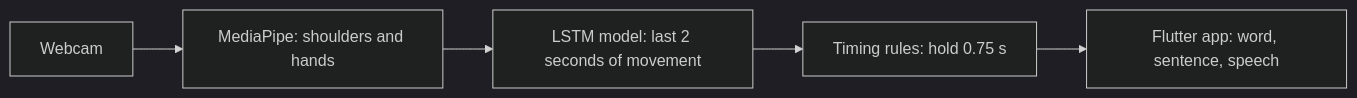
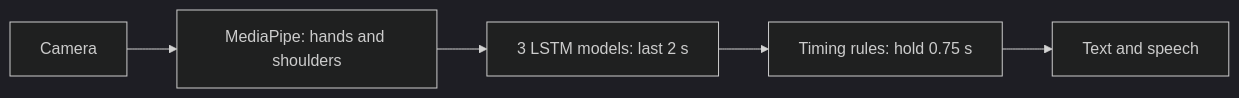
Before and after one commit to ziyad4454/sign-language-translator: the diagram in README.md, drawn with Mermaid (dark theme). The commit also changed other lines of this file, not shown here.

First line of the commit message:
README: current status, the phone app, and up-to-date file tables

````diff
--- a/README.md
+++ b/README.md
@@ -7,7 +9,7 @@
 ```mermaid
 flowchart LR
-    A[Webcam] --> B[MediaPipe: shoulders and hands]
-    B --> C[LSTM model: last 2 seconds of movement]
+    A[Camera] --> B[MediaPipe: hands and shoulders]
+    B --> C[3 LSTM models: last 2 s]
     C --> D[Timing rules: hold 0.75 s]
-    D --> E[Flutter app: word, sentence, speech]
+    D --> E[Text and speech]
 ```
````
